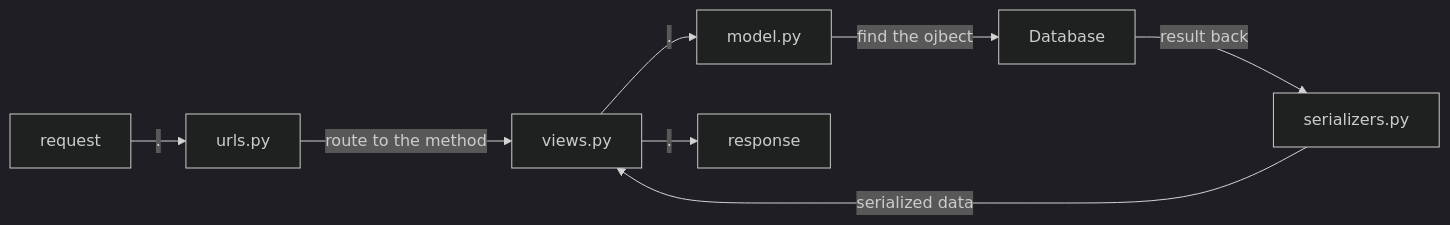
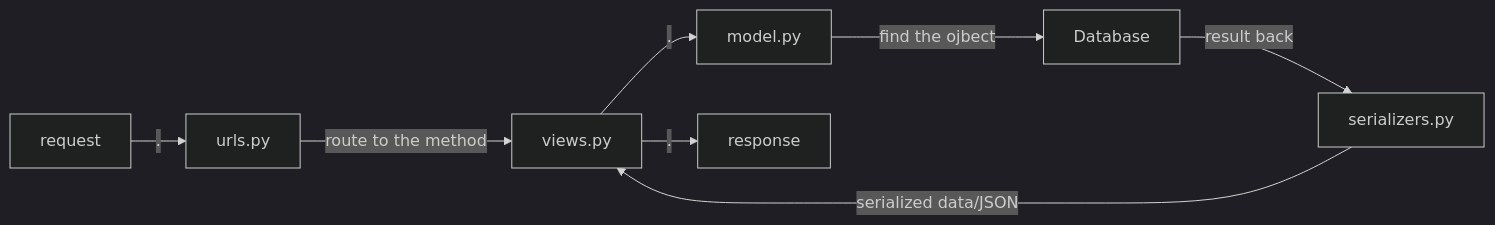
One commit to LooDaHu/ARORA_General_-Introduction changed the second of 5 diagrams in Welcome file.md. Above: the diagram before and after it, drawn with Mermaid (dark theme). The commit also changed other lines of this file, not shown here.

````diff
--- a/Welcome file.md
+++ b/Welcome file.md
@@ -159,10 +159,10 @@
 ```mermaid
 graph LR
 request -- . --> urls.py
 urls.py -- route to the method --> views.py
 views.py -- . --> model.py
 model.py -- find the ojbect --> Database
 Database -- result back --> serializers.py
-serializers.py -- serialized data --> views.py
+serializers.py -- serialized data/JSON --> views.py
 views.py --. --> response
 ```
````
